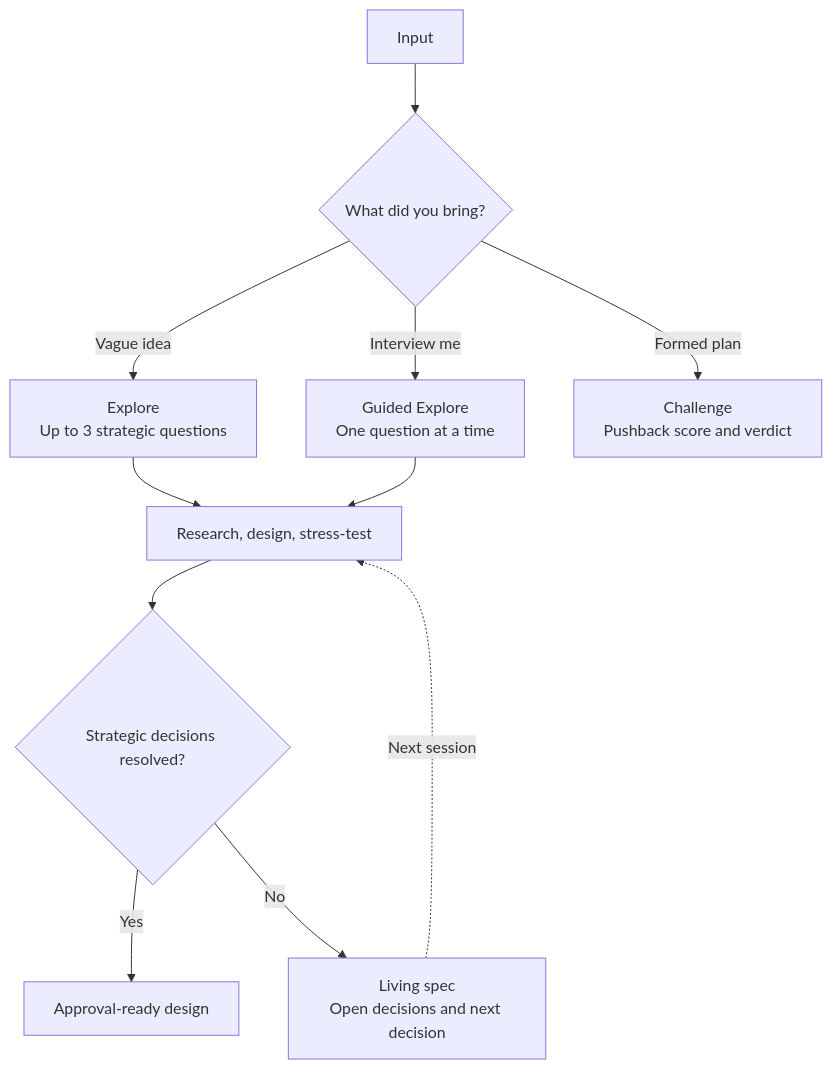
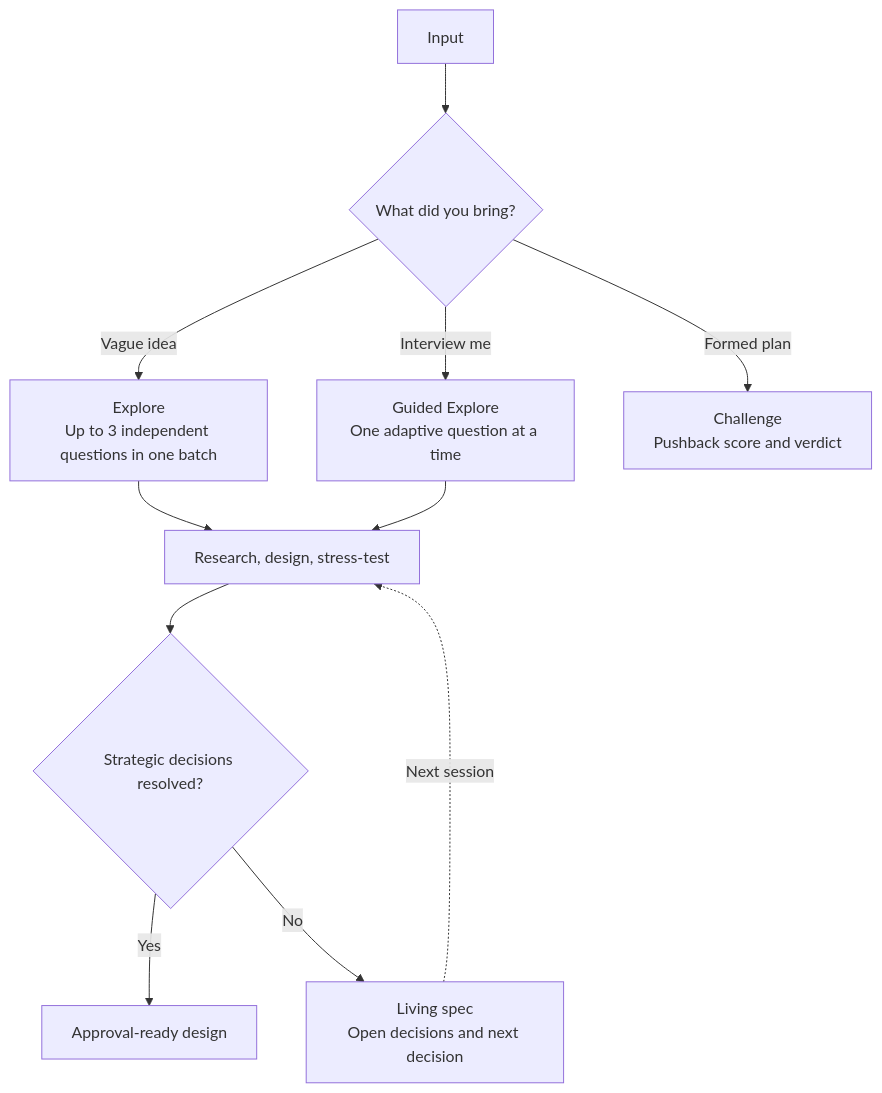
Before and after one commit to vltansky/vs: the second of 4 diagrams in README.md, drawn with Mermaid.

Commit message:
docs: clarify shaping question cadence

````diff
--- a/README.md
+++ b/README.md
@@ -56,13 +56,13 @@
 ```mermaid
 flowchart TD
     I[Input] --> R{What did you bring?}
-    R -- Vague idea --> E[Explore<br/>Up to 3 strategic questions]
-    R -- "Interview me" --> G[Guided Explore<br/>One question at a time]
+    R -- Vague idea --> E[Explore<br/>Up to 3 independent questions in one batch]
+    R -- "Interview me" --> G[Guided Explore<br/>One adaptive question at a time]
     R -- Formed plan --> C[Challenge<br/>Pushback score and verdict]
     E --> S[Research, design, stress-test]
     G --> S
     S --> D{Strategic decisions resolved?}
     D -- Yes --> O[Approval-ready design]
     D -- No --> L[Living spec<br/>Open decisions and next decision]
     L -. Next session .-> S
 ```
````
